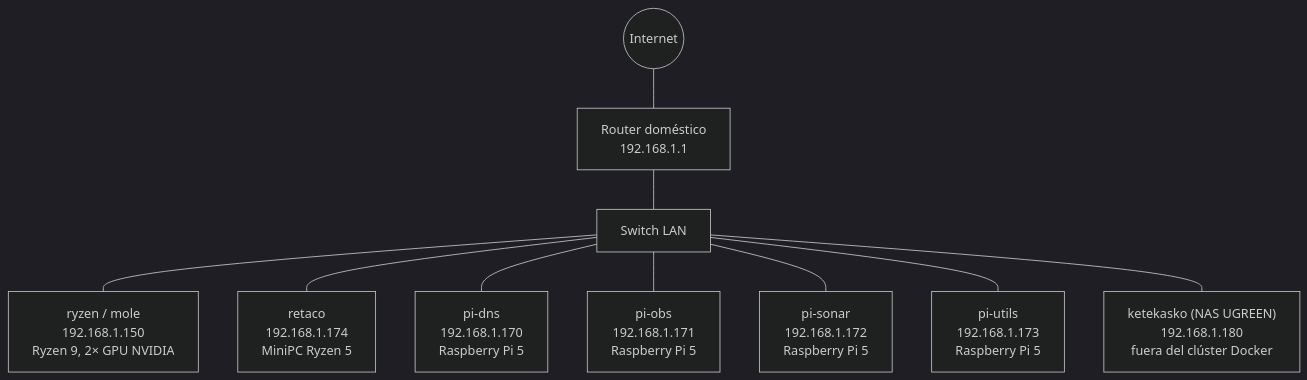
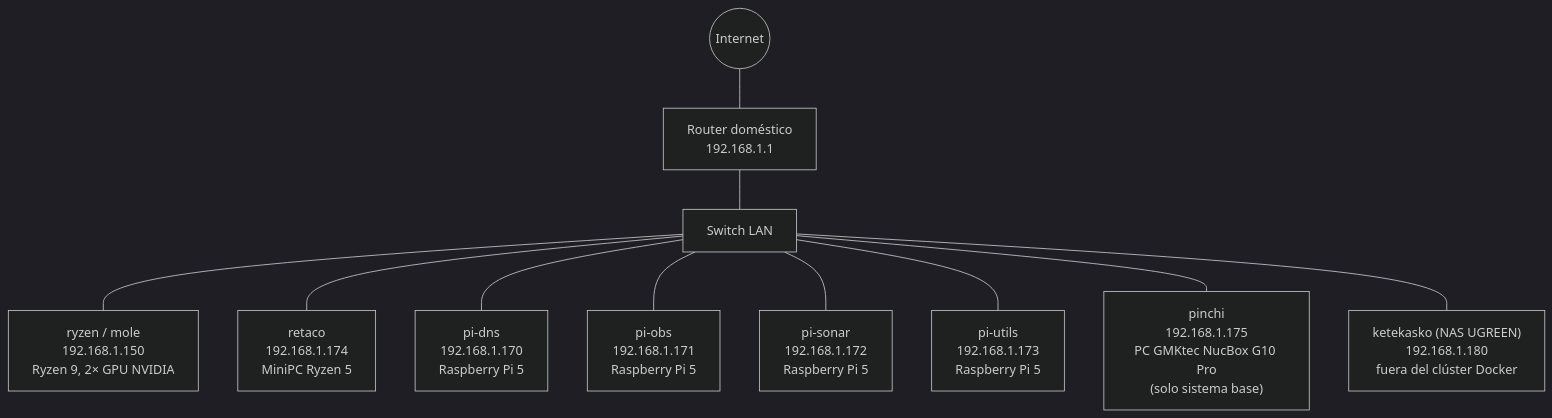
Before and after one commit to impalah/homelab-cluster: the first of 5 diagrams in docs/01-topologia.md, drawn with Mermaid (dark theme). The commit also changed other lines of this file and 8 other files, not shown here.

First line of the commit message:
Añadir pinchi (192.168.1.175) al clúster: sistema base provisionado

````diff
--- a/docs/01-topologia.md
+++ b/docs/01-topologia.md
@@ -20,16 +21,17 @@
 ```mermaid
 flowchart TB
     Internet((Internet))
     Router["Router doméstico\n192.168.1.1"]
     Switch["Switch LAN"]
 
     Internet --- Router --- Switch
 
     Switch --- ryzen["ryzen / mole\n192.168.1.150\nRyzen 9, 2× GPU NVIDIA"]
     Switch --- retaco["retaco\n192.168.1.174\nMiniPC Ryzen 5"]
     Switch --- pidns["pi-dns\n192.168.1.170\nRaspberry Pi 5"]
     Switch --- piobs["pi-obs\n192.168.1.171\nRaspberry Pi 5"]
     Switch --- pisonar["pi-sonar\n192.168.1.172\nRaspberry Pi 5"]
     Switch --- piutils["pi-utils\n192.168.1.173\nRaspberry Pi 5"]
+    Switch --- pinchi["pinchi\n192.168.1.175\nPC GMKtec NucBox G10 Pro\n(solo sistema base)"]
     Switch --- nas["ketekasko (NAS UGREEN)\n192.168.1.180\nfuera del clúster Docker"]
 ```
````
